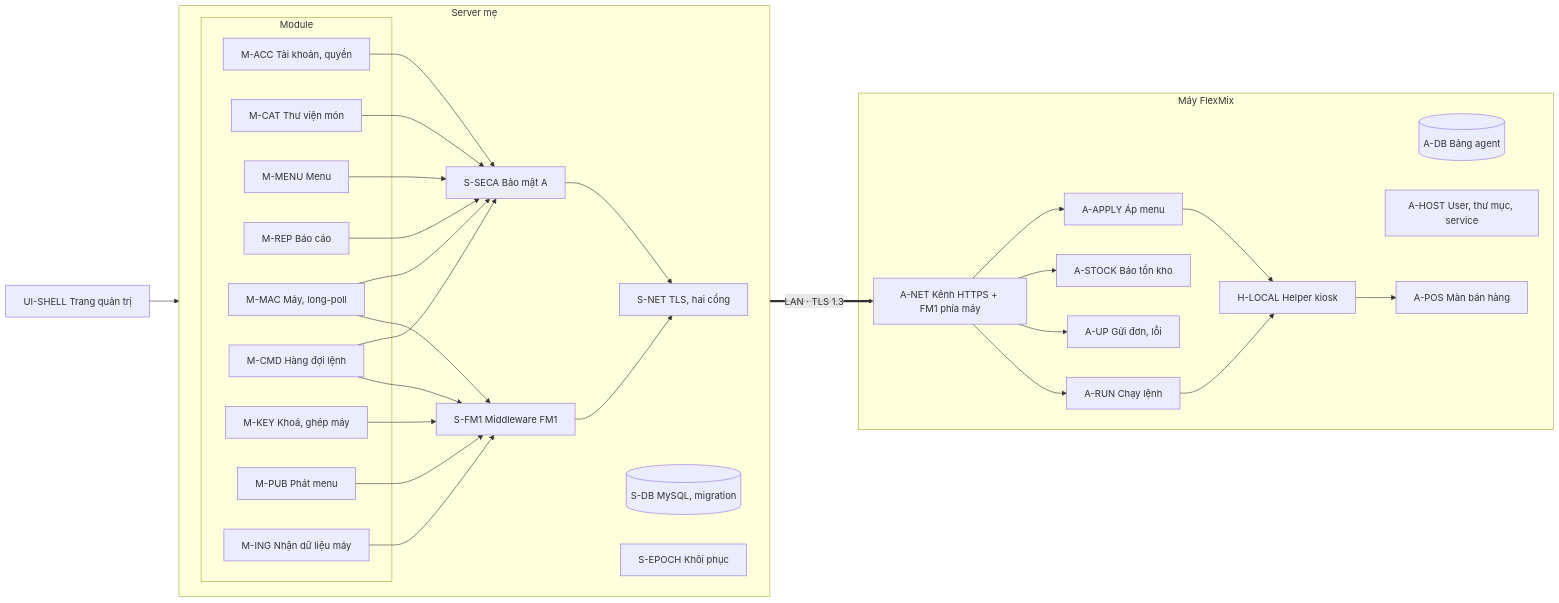
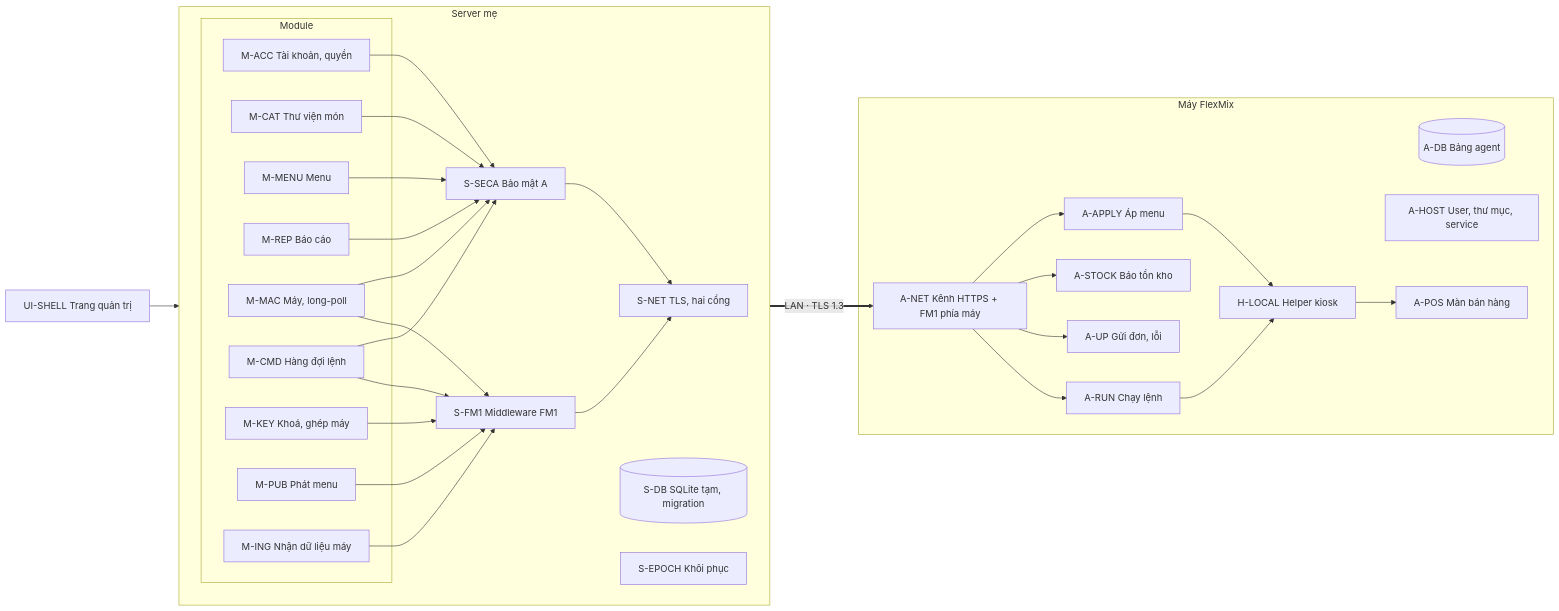
The diagram in internal/plan/index.md (Aabel23/project1_server), drawn with Mermaid before and after one commit. The commit also changed other lines of this file and 95 other files, not shown here.

````diff
--- a/internal/plan/index.md
+++ b/internal/plan/index.md
@@ -60,40 +85,40 @@
 ```mermaid
 flowchart LR
   subgraph SV["Server mẹ"]
     direction LR
     subgraph MOD["Module"]
       M_ACC["M-ACC Tài khoản, quyền"]
       M_CAT["M-CAT Thư viện món"]
       M_MENU["M-MENU Menu"]
       M_REP["M-REP Báo cáo"]
       M_KEY["M-KEY Khoá, ghép máy"]
       M_MAC["M-MAC Máy, long-poll"]
       M_CMD["M-CMD Hàng đợi lệnh"]
       M_PUB["M-PUB Phát menu"]
       M_ING["M-ING Nhận dữ liệu máy"]
     end
     S_SECA["S-SECA Bảo mật A"]
     S_FM1["S-FM1 Middleware FM1"]
     S_NET["S-NET TLS, hai cổng"]
-    S_DB[("S-DB MySQL, migration")]
+    S_DB[("S-DB SQLite tạm, migration")]
     S_EPOCH["S-EPOCH Khôi phục"]
   end
   UI_SHELL["UI-SHELL Trang quản trị"]
   subgraph PI["Máy FlexMix"]
     A_NET["A-NET Kênh HTTPS + FM1 phía máy"]
     A_APPLY["A-APPLY Áp menu"]
     A_STOCK["A-STOCK Báo tồn kho"]
     A_UP["A-UP Gửi đơn, lỗi"]
     A_RUN["A-RUN Chạy lệnh"]
     A_DB[("A-DB Bảng agent")]
     A_HOST["A-HOST User, thư mục, service"]
     H_LOCAL["H-LOCAL Helper kiosk"]
     A_POS["A-POS Màn bán hàng"]
   end
   M_ACC & M_CAT & M_MENU & M_REP & M_MAC & M_CMD --> S_SECA --> S_NET
   M_KEY & M_MAC & M_CMD & M_PUB & M_ING --> S_FM1 --> S_NET
   UI_SHELL --> S_NET
   S_NET == "LAN · TLS 1.3" ==> A_NET
   A_NET --> A_APPLY & A_STOCK & A_UP & A_RUN
   A_APPLY & A_RUN --> H_LOCAL --> A_POS
 ```
````
